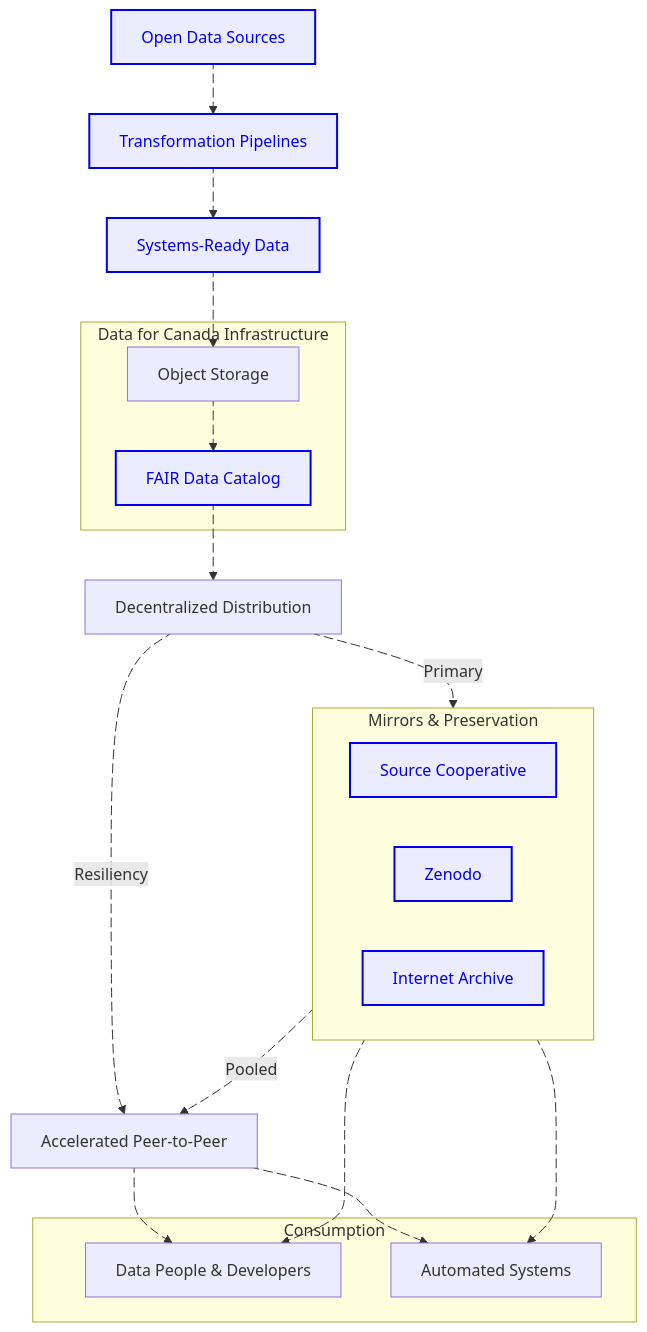
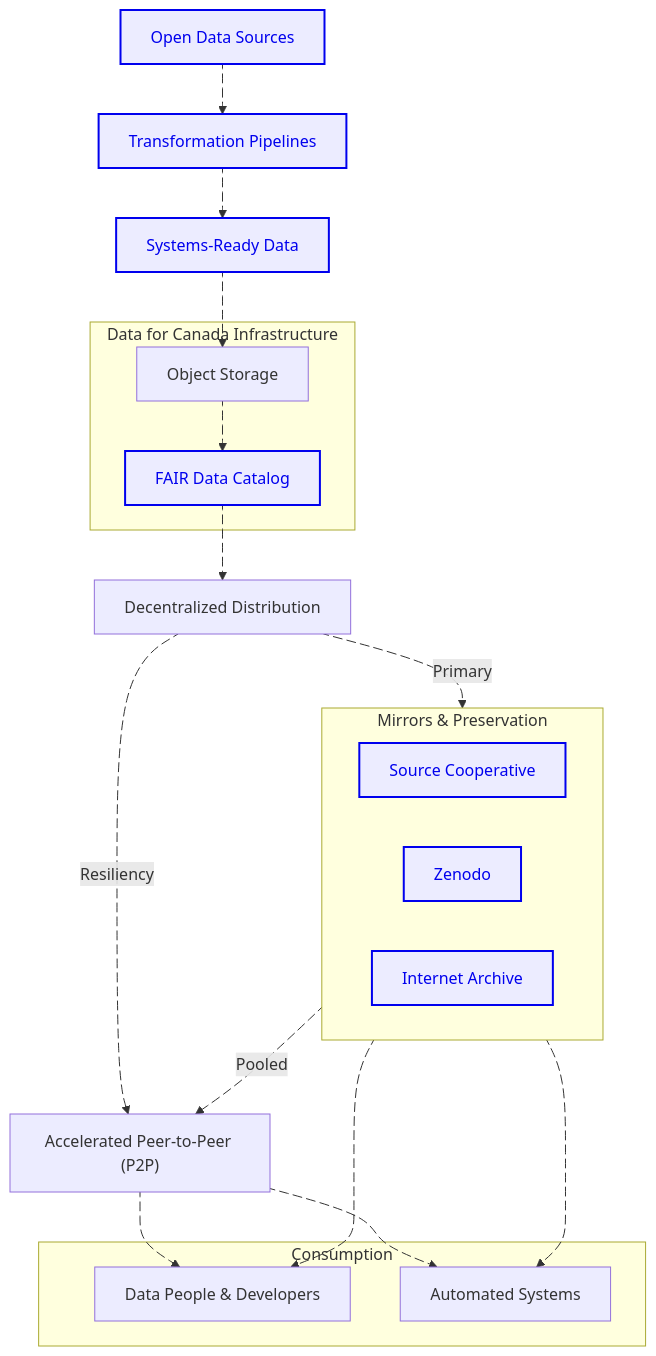
The first of 2 diagrams in content/docs/dissemination/_index.md (dataforcanada/www.dataforcanada.org), drawn with Mermaid before and after one commit. The commit also changed other lines of this file and 1 other file, not shown here.

Commit message:
Use generic term for BitTorrent technology

````diff
--- a/content/docs/dissemination/_index.md
+++ b/content/docs/dissemination/_index.md
@@ -14,78 +14,78 @@
 ```mermaid
 flowchart TD
     classDef linkNode stroke:#0000EE,color:#0000EE,stroke-width:2px;
     subgraph mirrors [Mirrors & Preservation]
         SourceCoop[Source Cooperative]
         Zenodo[Zenodo]
         InternetArchive[Internet Archive]
     end
 
     Sources[Open Data Sources]
     Processes[Transformation Pipelines]
     Artifacts[Systems-Ready Data]
     
     subgraph CoreInfra [Data for Canada Infrastructure]
         Portal[Object Storage]
         Metadata[FAIR Data Catalog]
     end
     
     Distribution[Decentralized Distribution]
-    Torrent[Accelerated Peer-to-Peer]
+    Torrent["Accelerated Peer-to-Peer (P2P)"]
     
     subgraph Consumers [Consumption]
         Users[Data People & Developers]
         Systems[Automated Systems]
     end
 
     %% Flow with Animations
     Sources a1@--> Processes
     a1@{animate: true, animation: slow}
     
     Processes a2@--> Artifacts
     a2@{animate: true, animation: slow}
     
     Artifacts a3@--> Portal
     a3@{animate: true, animation: slow}
     
     Portal a4@--> Metadata
     a4@{animate: true, animation: fast}
     
     Metadata a5@--> Distribution
     a5@{animate: true, animation: fast}
 
     %% Distribution Logic
     Distribution a7@-.->|Primary| mirrors
     a7@{animate: true, animation: slow}
     
     Distribution a8@-.->|Resiliency| Torrent
     a8@{animate: true, animation: slow}
 
     %% Mirror Connections
     mirrors a12@--> Users
     a12@{animate: true, animation: slow}
     
     mirrors a13@--> Systems
     a13@{animate: true, animation: slow}
     
     mirrors a9@-.->|Pooled| Torrent
     a9@{animate: true, animation: fast}
 
     %% Torrent Connections
     Torrent a10@--> Users
     a10@{animate: true, animation: fast}
     
     Torrent a11@--> Systems
     a11@{animate: true, animation: fast}
 
     %% Click Actions
-    click Sources "https://www.dataforcanada.org/#high-level-overview/" _blank
+    click Sources "https://www.dataforcanada.org/#high-level-overview" _blank
     click Processes "https://www.dataforcanada.org/docs/processes/" _blank
     click Artifacts "https://www.dataforcanada.org/docs/getting_started/" _blank
     click Metadata "https://stac-utils.github.io/stac-geoparquet/latest/spec/stac-geoparquet-spec/" _blank
     click Zenodo "https://zenodo.org/communities/dataforcanada/" _blank
     click SourceCoop "https://source.coop/dataforcanada/" _blank
     click InternetArchive "https://archive.org/details/@diegoripley/uploads/" _blank
 
     %% APPLY STYLES TO LINKED NODES
     class Sources,Processes,Artifacts,Metadata,SourceCoop,Zenodo,InternetArchive linkNode
 ```
````
